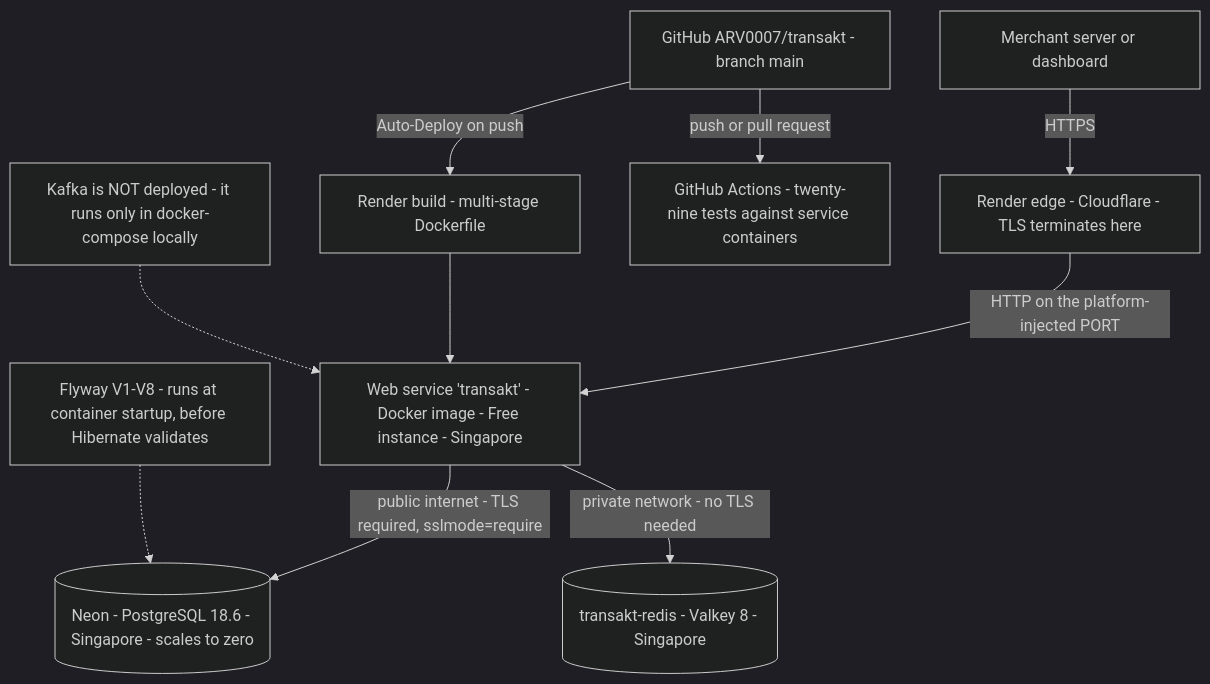
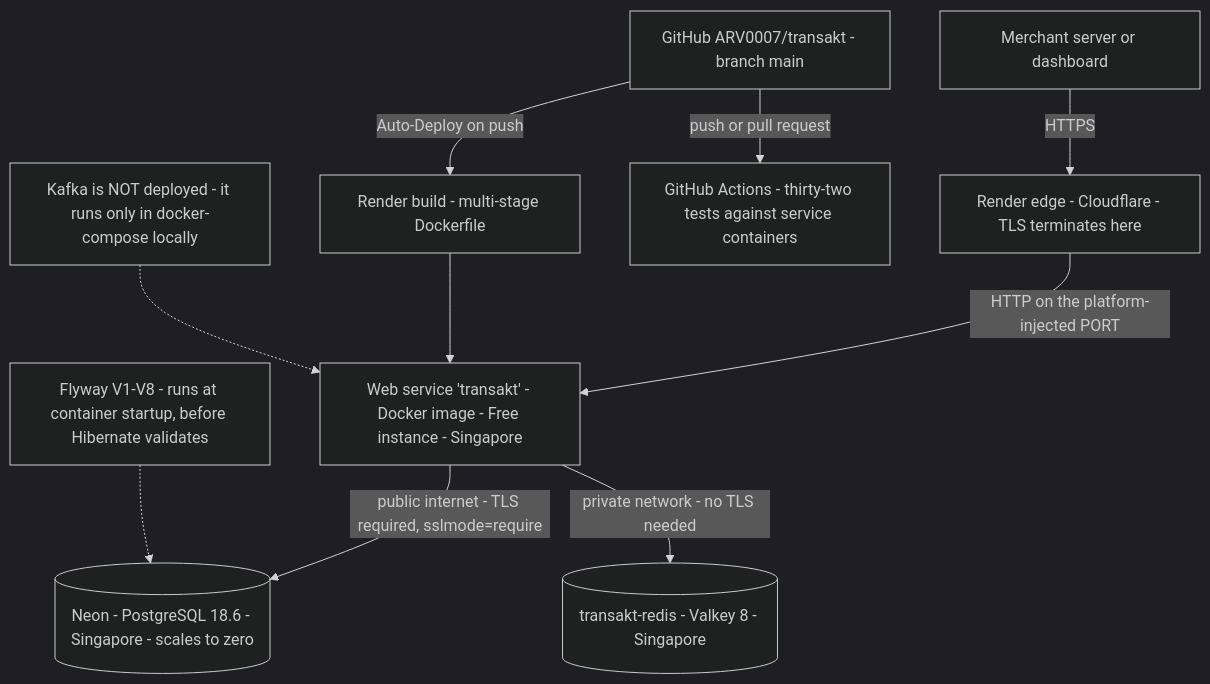
The first of 3 diagrams in docs/architecture.md (ARV0007/transakt), drawn with Mermaid (dark theme) before and after one commit. The commit also changed other lines of this file and 2 other files, not shown here.

````diff
--- a/docs/architecture.md
+++ b/docs/architecture.md
@@ -9,13 +9,13 @@
 ```mermaid
 flowchart TD
   client[Merchant server or dashboard]
   client -->|HTTPS| edge[Render edge - Cloudflare - TLS terminates here]
   edge -->|HTTP on the platform-injected PORT| app[Web service 'transakt' - Docker image - Free instance - Singapore]
   app -->|public internet - TLS required, sslmode=require| pg[(Neon - PostgreSQL 18.6 - Singapore - scales to zero)]
   app -->|private network - no TLS needed| kv[(transakt-redis - Valkey 8 - Singapore)]
   gh[GitHub ARV0007/transakt - branch main] -->|Auto-Deploy on push| build[Render build - multi-stage Dockerfile]
-  gh -->|push or pull request| ci[GitHub Actions - twenty-nine tests against service containers]
+  gh -->|push or pull request| ci[GitHub Actions - thirty-two tests against service containers]
   build --> app
   flyway[Flyway V1-V8 - runs at container startup, before Hibernate validates] -.-> pg
   note[Kafka is NOT deployed - it runs only in docker-compose locally] -.-> app
 ```
````
